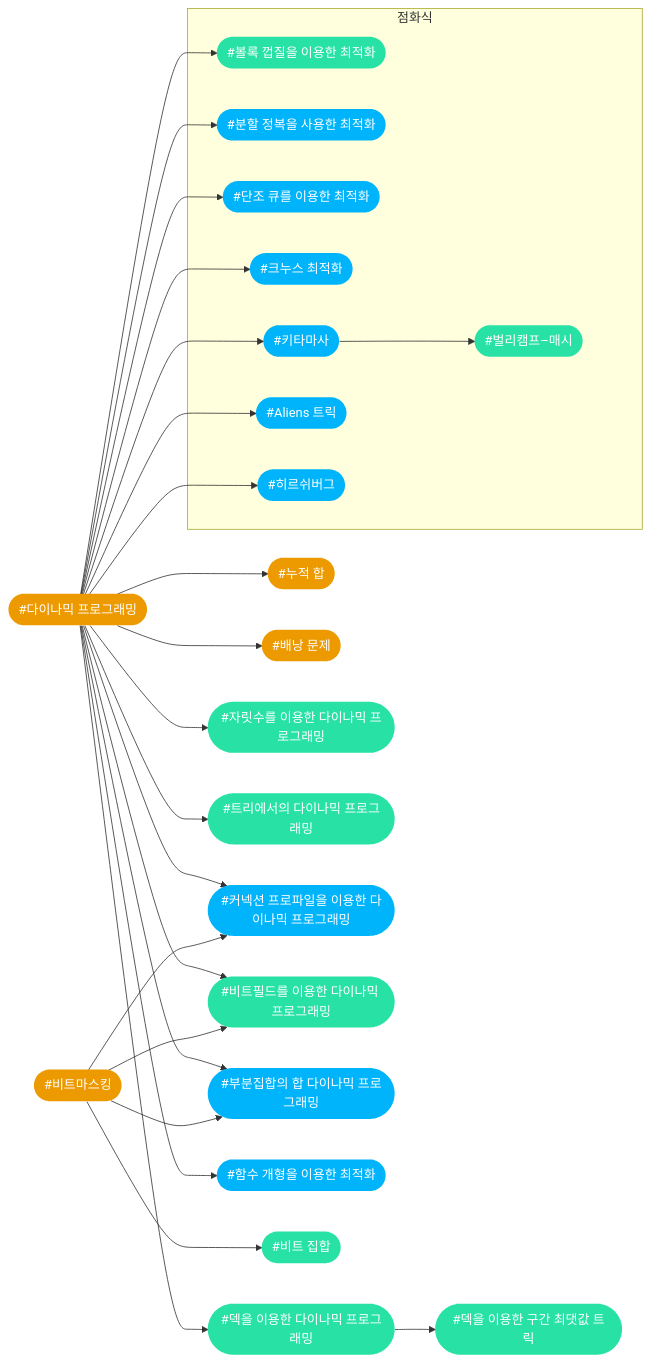
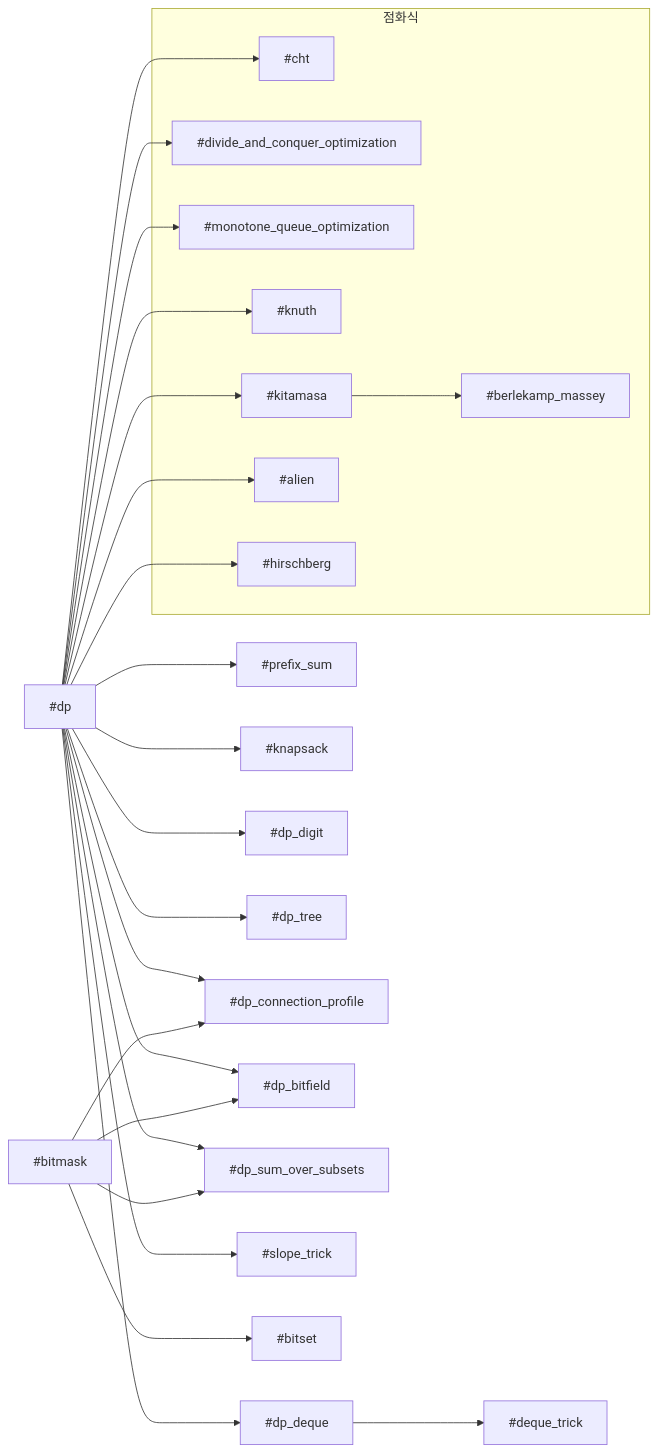
One commit to CHOYUNSIG/algorithm_with_boj changed diagram 12 of 17 in index.md. Above: the diagram before and after it, drawn with Mermaid. The commit also changed other lines of this file and 5 other files, not shown here.

```diff
--- a/index.md
+++ b/index.md
@@ -624,66 +377,37 @@
-<pre class="mermaid">
+<pre class="mermaid tag-connection-define">
     graph LR
 
     #dp --> #prefix_sum
     #dp --> #knapsack
     #dp --> #dp_deque
     #dp --> #dp_digit
     #dp --> #dp_tree
     #dp --> #dp_connection_profile
     #dp --> #dp_bitfield
     #dp --> #dp_sum_over_subsets
     #dp --> #slope_trick
     #dp --> #cht
     #dp --> #divide_and_conquer_optimization
     #dp --> #monotone_queue_optimization
     #dp --> #knuth
     #dp --> #kitamasa
     #dp --> #alien
     #dp --> #hirschberg
     #kitamasa --> #berlekamp_massey
     #dp_deque --> #deque_trick
     #bitmask --> #bitset
     #bitmask --> #dp_connection_profile
     #bitmask --> #dp_bitfield
     #bitmask --> #dp_sum_over_subsets
 
     subgraph 점화식
         #alien
         #monotone_queue_optimization
         #berlekamp_massey
         #cht
         #divide_and_conquer_optimization
         #knuth
         #kitamasa
         #hirschberg
     end
-
-    #alien(["#Aliens 트릭"]):::tier4
-    #prefix_sum(["#누적 합"]):::tier2
-    #dp(["#다이나믹 프로그래밍"]):::tier2
-    #monotone_queue_optimization(["#단조 큐를 이용한 최적화"]):::tier4
-    #deque_trick(["#덱을 이용한 구간 최댓값 트릭"]):::tier3
-    #dp_deque(["#덱을 이용한 다이나믹 프로그래밍"]):::tier3
-    #knapsack(["#배낭 문제"]):::tier2
-    #berlekamp_massey(["#벌리캠프–매시"]):::tier3
-    #cht(["#볼록 껍질을 이용한 최적화"]):::tier3
-    #dp_sum_over_subsets(["#부분집합의 합 다이나믹 프로그래밍"]):::tier4
-    #divide_and_conquer_optimization(["#분할 정복을 사용한 최적화"]):::tier4
-    #bitset(["#비트 집합"]):::tier3
-    #bitmask(["#비트마스킹"]):::tier2
-    #dp_bitfield(["#비트필드를 이용한 다이나믹 프로그래밍"]):::tier3
-    #dp_digit(["#자릿수를 이용한 다이나믹 프로그래밍"]):::tier3
-    #dp_connection_profile(["#커넥션 프로파일을 이용한 다이나믹 프로그래밍"]):::tier4
-    #knuth(["#크누스 최적화"]):::tier4
-    #kitamasa(["#키타마사"]):::tier4
-    #dp_tree(["#트리에서의 다이나믹 프로그래밍"]):::tier3
-    #slope_trick(["#함수 개형을 이용한 최적화"]):::tier4
-    #hirschberg(["#히르쉬버그"]):::tier4
-
-    classDef tier0 fill:#ad5600, color:#fff, stroke:#0000
-    classDef tier1 fill:#435f7a, color:#fff, stroke:#0000
-    classDef tier2 fill:#ec9a00, color:#fff, stroke:#0000
-    classDef tier3 fill:#27e2a4, color:#fff, stroke:#0000
-    classDef tier4 fill:#00b4fc, color:#fff, stroke:#0000
-    classDef tier5 fill:#ff0062, color:#fff, stroke:#0000
 </pre>
```
